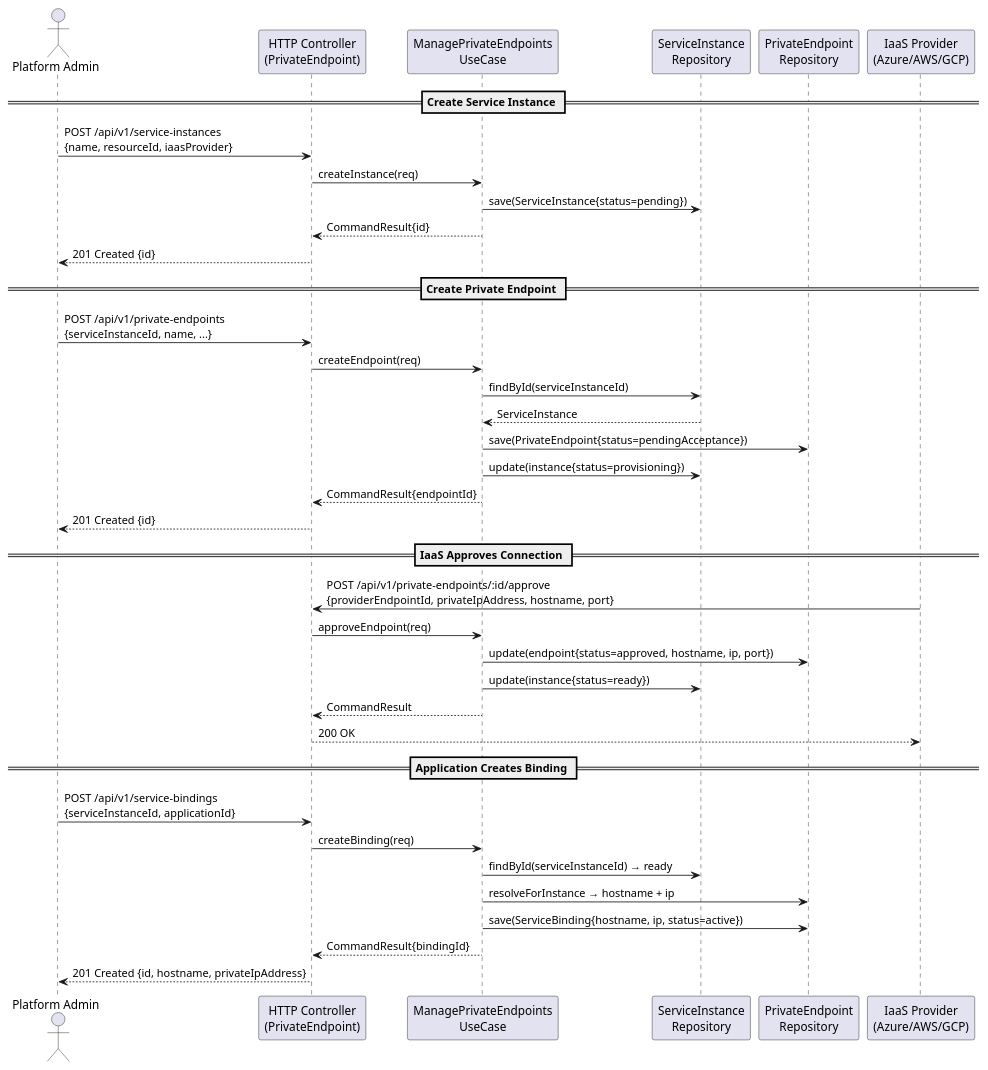
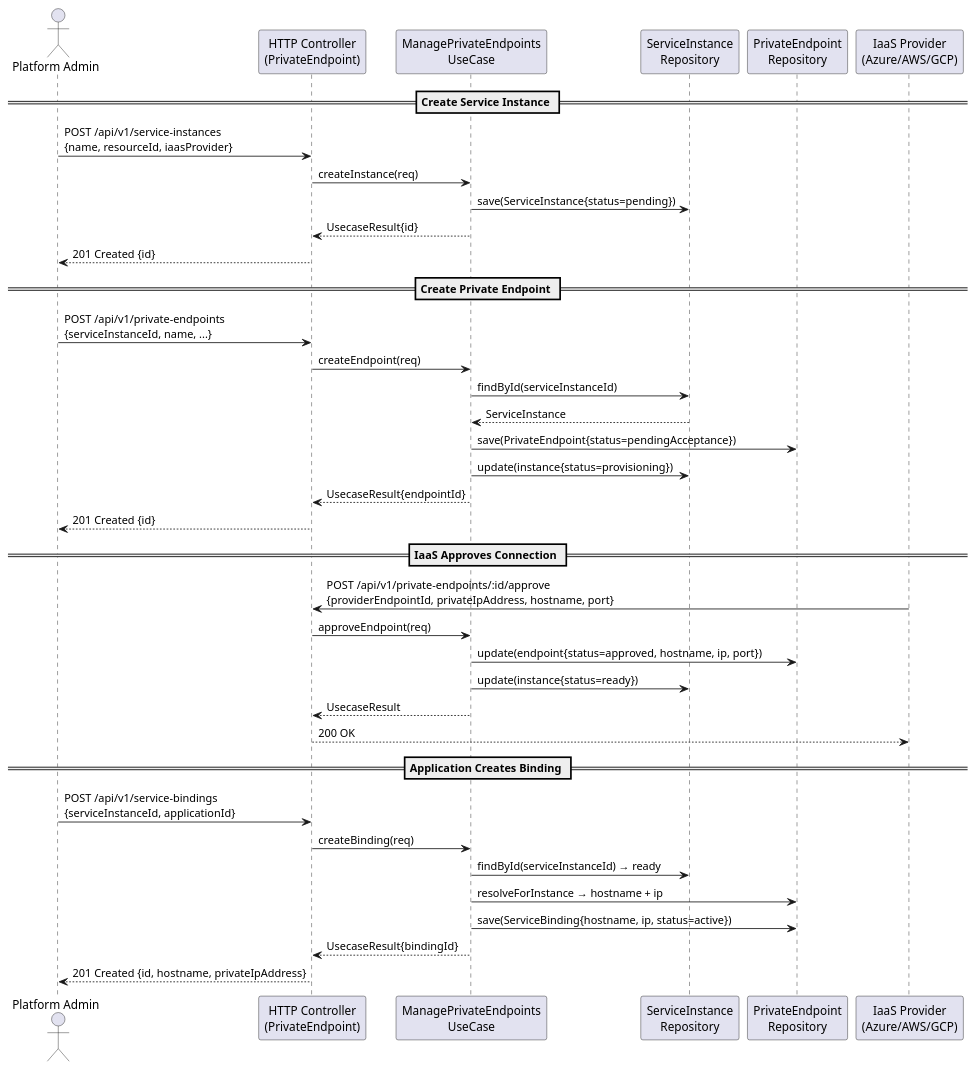
The third of 4 diagrams in private-link/UML.md (UIMSolutions/uim-platform), drawn with PlantUML before and after one commit. The commit also changed 907 other files, not shown here.

Commit message:
Rename CommandResult

````diff
--- a/private-link/UML.md
+++ b/private-link/UML.md
@@ -203,46 +203,46 @@
 ```plantuml
 @startuml private-link-approval-sequence
 
 actor "Platform Admin" as Admin
 participant "HTTP Controller\n(PrivateEndpoint)" as Ctrl
 participant "ManagePrivateEndpoints\nUseCase" as UC
 participant "ServiceInstance\nRepository" as IR
 participant "PrivateEndpoint\nRepository" as ER
 participant "IaaS Provider\n(Azure/AWS/GCP)" as IaaS
 
 == Create Service Instance ==
 Admin -> Ctrl : POST /api/v1/service-instances\n{name, resourceId, iaasProvider}
 Ctrl -> UC : createInstance(req)
 UC -> IR : save(ServiceInstance{status=pending})
-UC --> Ctrl : CommandResult{id}
+UC --> Ctrl : UsecaseResult{id}
 Ctrl --> Admin : 201 Created {id}
 
 == Create Private Endpoint ==
 Admin -> Ctrl : POST /api/v1/private-endpoints\n{serviceInstanceId, name, ...}
 Ctrl -> UC : createEndpoint(req)
 UC -> IR : findById(serviceInstanceId)
 IR --> UC : ServiceInstance
 UC -> ER : save(PrivateEndpoint{status=pendingAcceptance})
 UC -> IR : update(instance{status=provisioning})
-UC --> Ctrl : CommandResult{endpointId}
+UC --> Ctrl : UsecaseResult{endpointId}
 Ctrl --> Admin : 201 Created {id}
 
 == IaaS Approves Connection ==
 IaaS -> Ctrl : POST /api/v1/private-endpoints/:id/approve\n{providerEndpointId, privateIpAddress, hostname, port}
 Ctrl -> UC : approveEndpoint(req)
 UC -> ER : update(endpoint{status=approved, hostname, ip, port})
 UC -> IR : update(instance{status=ready})
-UC --> Ctrl : CommandResult
+UC --> Ctrl : UsecaseResult
 Ctrl --> IaaS : 200 OK
 
 == Application Creates Binding ==
 Admin -> Ctrl : POST /api/v1/service-bindings\n{serviceInstanceId, applicationId}
 Ctrl -> UC : createBinding(req)
 UC -> IR : findById(serviceInstanceId) → ready
 UC -> ER : resolveForInstance → hostname + ip
 UC -> ER : save(ServiceBinding{hostname, ip, status=active})
-UC --> Ctrl : CommandResult{bindingId}
+UC --> Ctrl : UsecaseResult{bindingId}
 Ctrl --> Admin : 201 Created {id, hostname, privateIpAddress}
 
 @enduml
 ```
````
